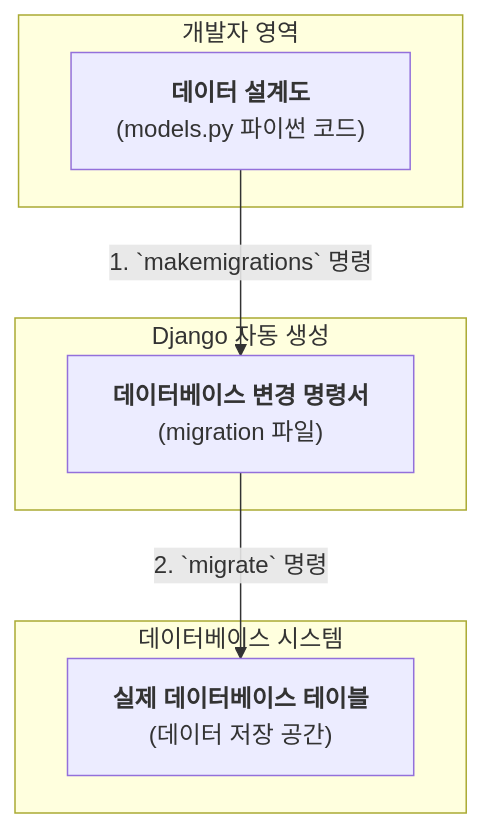
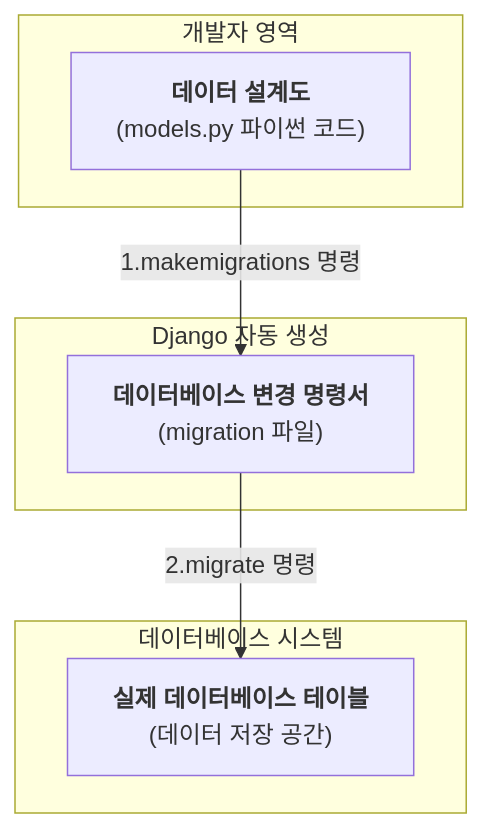
Before and after one commit to SKNETWORKS-FAMILY-AICAMP/SKN10-FINAL-1Team: the first of 2 diagrams in docs/01_애플리케이션_데이터_설계도__django_모델__.md, drawn with Mermaid. The commit also changed other lines of this file and 13 other files, not shown here.

````diff
--- a/docs/01_애플리케이션_데이터_설계도__django_모델__.md
+++ b/docs/01_애플리케이션_데이터_설계도__django_모델__.md
@@ -95,15 +95,15 @@
 ```mermaid
 graph TD
-    A["<b>데이터 설계도</b><br>(models.py 파이썬 코드)"] -- "1. `makemigrations` 명령" --> B["<b>데이터베이스 변경 명령서</b><br>(migration 파일)"]
-    B -- "2. `migrate` 명령" --> C["<b>실제 데이터베이스 테이블</b><br>(데이터 저장 공간)"]
+    A["<b>데이터 설계도</b><br>(models.py 파이썬 코드)"] -- " 1.makemigrations 명령" --> B["<b>데이터베이스 변경 명령서</b><br>(migration 파일)"]
+    B -- "2.migrate 명령" --> C["<b>실제 데이터베이스 테이블</b><br>(데이터 저장 공간)"]
 
     subgraph 개발자 영역
         A
     end
     subgraph Django 자동 생성
         B
     end
     subgraph 데이터베이스 시스템
         C
     end
 ```
````
